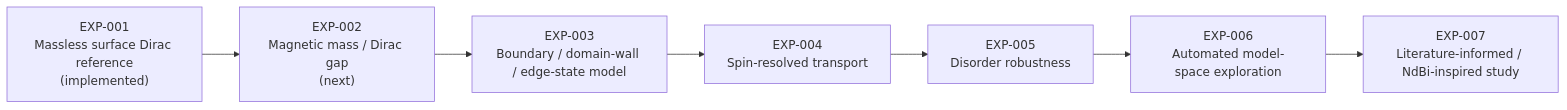
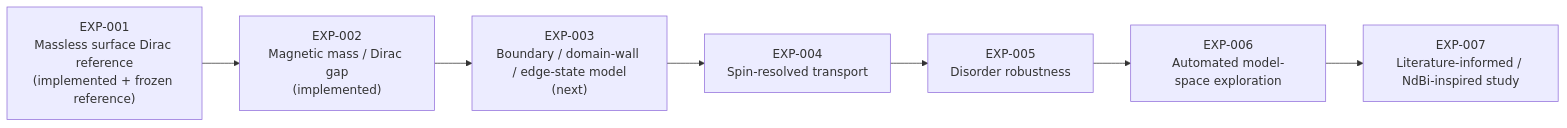
The second of 2 diagrams in README.md (hopeless-t/topological-spin-lab), drawn with Mermaid before and after one commit. The commit also changed other lines of this file and 20 other files, not shown here.

First line of the commit message:
exp002: add magnetic mass and Dirac gap experiment

````diff
--- a/README.md
+++ b/README.md
@@ -286,12 +313,12 @@
 ```mermaid
 flowchart LR
-    E1["EXP-001<br/>Massless surface Dirac reference<br/>(implemented)"]
-    E2["EXP-002<br/>Magnetic mass / Dirac gap<br/>(next)"]
-    E3["EXP-003<br/>Boundary / domain-wall / edge-state model"]
+    E1["EXP-001<br/>Massless surface Dirac reference<br/>(implemented + frozen reference)"]
+    E2["EXP-002<br/>Magnetic mass / Dirac gap<br/>(implemented)"]
+    E3["EXP-003<br/>Boundary / domain-wall / edge-state model<br/>(next)"]
     E4["EXP-004<br/>Spin-resolved transport"]
     E5["EXP-005<br/>Disorder robustness"]
     E6["EXP-006<br/>Automated model-space exploration"]
     E7["EXP-007<br/>Literature-informed / NdBi-inspired study"]
 
     E1 --> E2 --> E3 --> E4 --> E5 --> E6 --> E7
 ```
````
